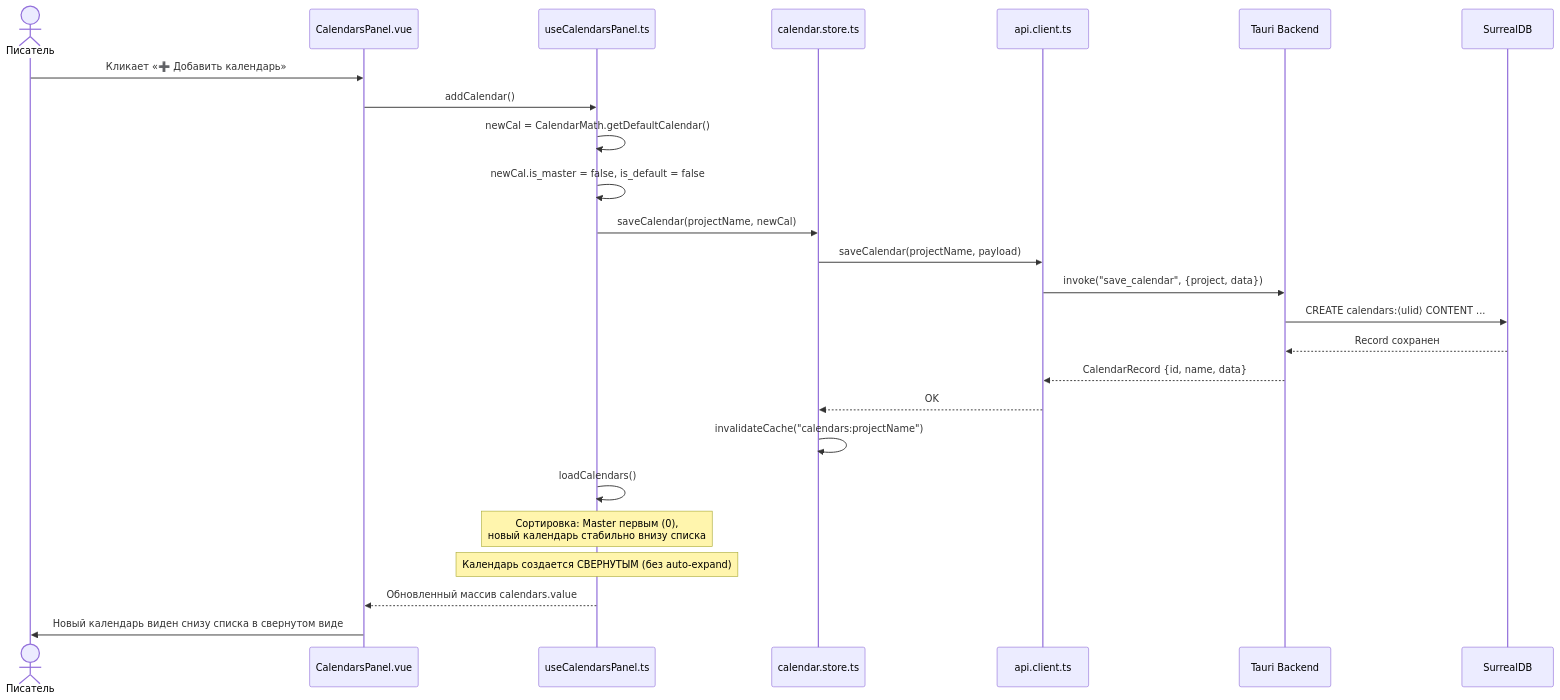
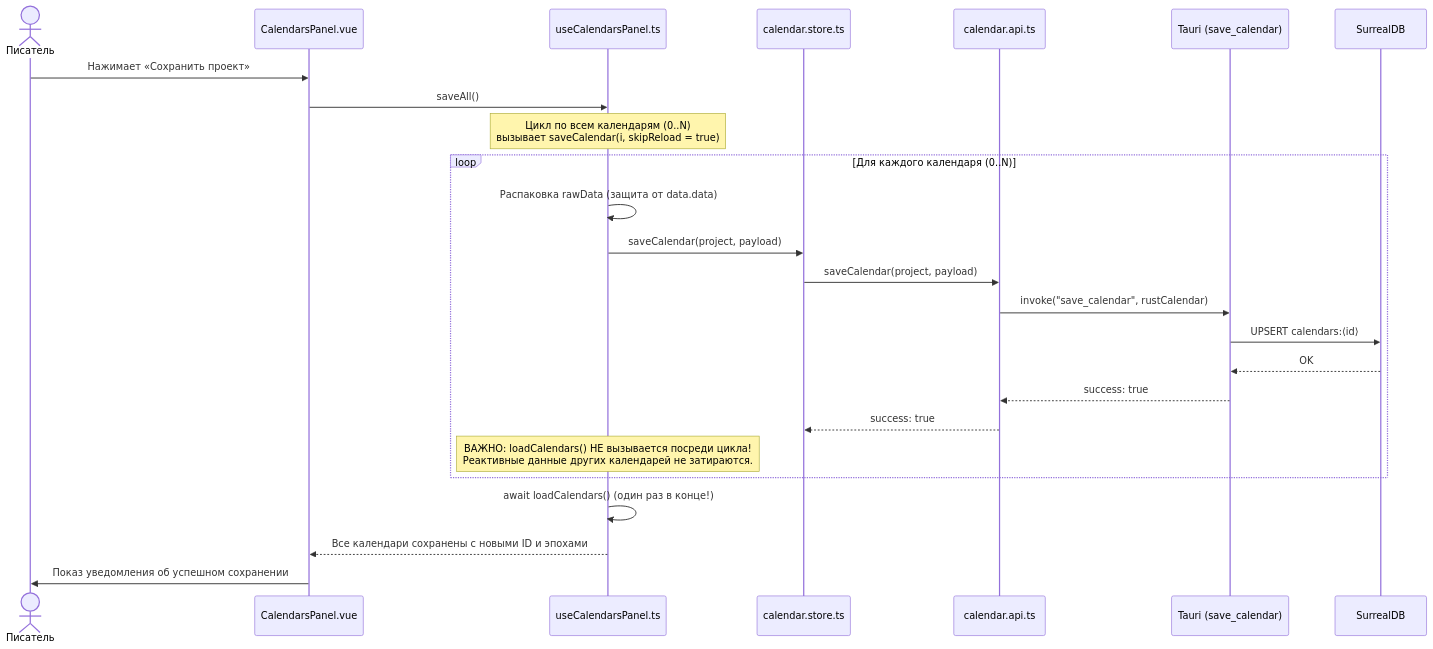
The first of 4 diagrams in apps/spa/src/ts/features/timeline/Calendars/README_Calendars.md (nagisokyn-prog/WorldWiki), drawn with Mermaid before and after one commit. The commit also changed other lines of this file and 10 other files, not shown here.

````diff
--- a/apps/spa/src/ts/features/timeline/Calendars/README_Calendars.md
+++ b/apps/spa/src/ts/features/timeline/Calendars/README_Calendars.md
@@ -393,28 +219,28 @@
 ```mermaid
 sequenceDiagram
     actor User as Писатель
     participant Panel as CalendarsPanel.vue
     participant Hook as useCalendarsPanel.ts
     participant Store as calendar.store.ts
-    participant API as api.client.ts
-    participant Tauri as Tauri Backend
+    participant API as calendar.api.ts
+    participant Tauri as Tauri (save_calendar)
     participant DB as SurrealDB
 
-    User->>Panel: Кликает «➕ Добавить календарь»
-    Panel->>Hook: addCalendar()
-    Hook->>Hook: newCal = CalendarMath.getDefaultCalendar()
-    Hook->>Hook: newCal.is_master = false, is_default = false
-    Hook->>Store: saveCalendar(projectName, newCal)
-    Store->>API: saveCalendar(projectName, payload)
-    API->>Tauri: invoke("save_calendar", {project, data})
-    Tauri->>DB: CREATE calendars:⟨ulid⟩ CONTENT ...
-    DB-->>Tauri: Record сохранен
-    Tauri-->>API: CalendarRecord {id, name, data}
-    API-->>Store: OK
-    Store->>Store: invalidateCache("calendars:projectName")
-    Hook->>Hook: loadCalendars()
-    Note over Hook: Сортировка: Master первым (0),<br/>новый календарь стабильно внизу списка
-    Note over Hook: Календарь создается СВЕРНУТЫМ (без auto-expand)
-    Hook-->>Panel: Обновленный массив calendars.value
-    Panel->>User: Новый календарь виден снизу списка в свернутом виде
+    User->>Panel: Нажимает «Сохранить проект»
+    Panel->>Hook: saveAll()
+    Note over Hook: Цикл по всем календарям (0..N)<br/>вызывает saveCalendar(i, skipReload = true)
+    loop Для каждого календаря (0..N)
+        Hook->>Hook: Распаковка rawData (защита от data.data)
+        Hook->>Store: saveCalendar(project, payload)
+        Store->>API: saveCalendar(project, payload)
+        API->>Tauri: invoke("save_calendar", rustCalendar)
+        Tauri->>DB: UPSERT calendars:⟨id⟩
+        DB-->>Tauri: OK
+        Tauri-->>API: success: true
+        API-->>Store: success: true
+        Note over Hook: ВАЖНО: loadCalendars() НЕ вызывается посреди цикла!<br/>Реактивные данные других календарей не затираются.
+    end
+    Hook->>Hook: await loadCalendars() (один раз в конце!)
+    Hook-->>Panel: Все календари сохранены с новыми ID и эпохами
+    Panel->>User: Показ уведомления об успешном сохранении
 ```
````
